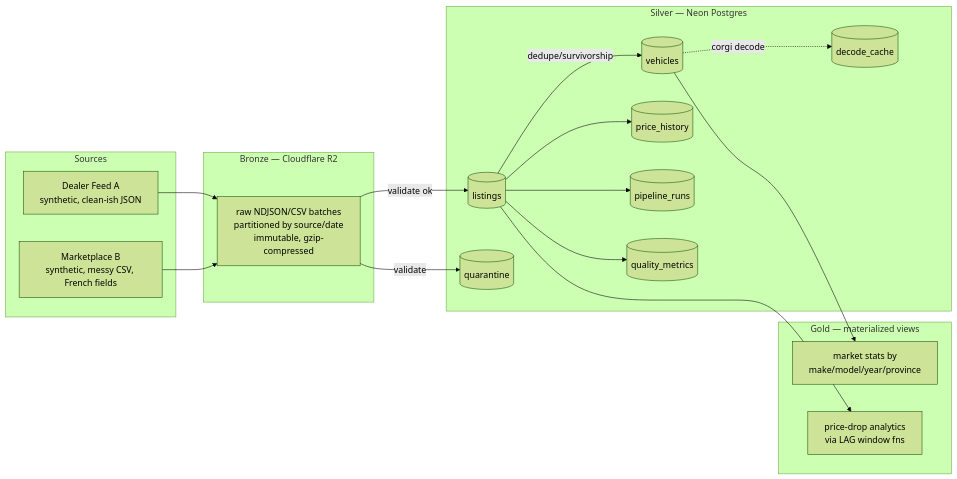
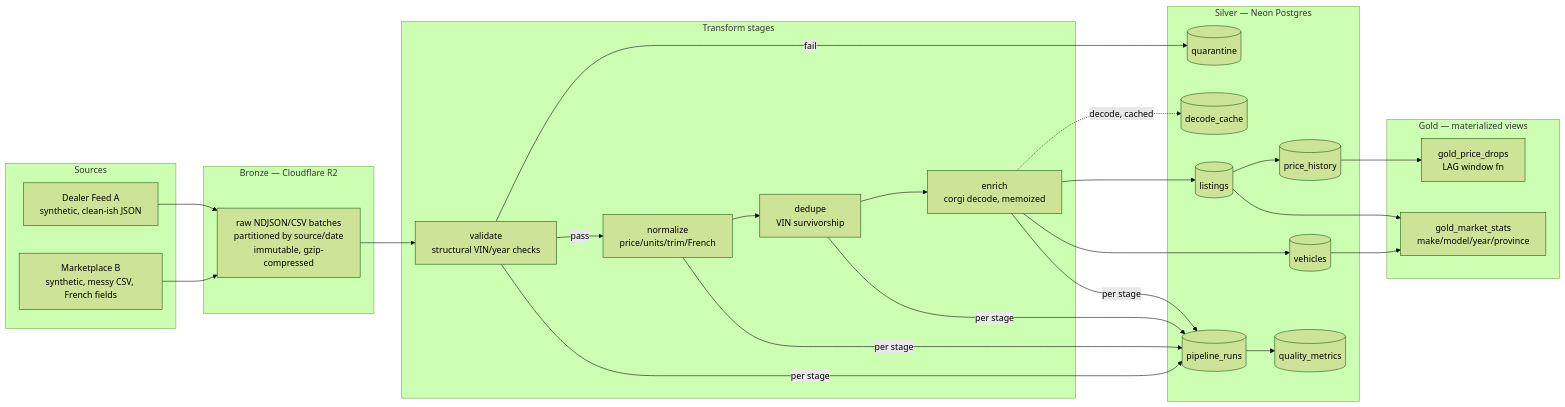
Before and after one commit to RahilChadha/dachshund: the diagram in README.md, drawn with Mermaid (forest theme). The commit also changed other lines of this file and 1 other file, not shown here.

````diff
--- a/README.md
+++ b/README.md
@@ -13,38 +13,50 @@
 ```mermaid
 flowchart LR
     subgraph Sources
         A[Dealer Feed A<br/>synthetic, clean-ish JSON]
         B[Marketplace B<br/>synthetic, messy CSV, French fields]
     end
 
     subgraph Bronze [Bronze — Cloudflare R2]
         BR["raw NDJSON/CSV batches<br/>partitioned by source/date<br/>immutable, gzip-compressed"]
+    end
+
+    subgraph Transform [Transform stages]
+        VAL[validate<br/>structural VIN/year checks]
+        NORM[normalize<br/>price/units/trim/French]
+        DEDUPE[dedupe<br/>VIN survivorship]
+        ENRICH[enrich<br/>corgi decode, memoized]
     end
 
     subgraph Silver [Silver — Neon Postgres]
         V[(vehicles)]
         L[(listings)]
         PH[(price_history)]
         Q[(quarantine)]
         PR[(pipeline_runs)]
         QM[(quality_metrics)]
         DC[(decode_cache)]
     end
 
     subgraph Gold [Gold — materialized views]
-        G1[market stats by<br/>make/model/year/province]
-        G2[price-drop analytics<br/>via LAG window fns]
+        G1[gold_market_stats<br/>make/model/year/province]
+        G2[gold_price_drops<br/>LAG window fn]
     end
 
     A --> BR
     B --> BR
-    BR -->|validate| Q
-    BR -->|validate ok| L
-    L -->|dedupe/survivorship| V
+    BR --> VAL
+    VAL -->|fail| Q
+    VAL -->|pass| NORM
+    NORM --> DEDUPE
+    DEDUPE --> ENRICH
+    ENRICH -.decode, cached.-> DC
+    ENRICH --> L
+    ENRICH --> V
     L --> PH
-    V -.corgi decode.-> DC
-    L --> PR
-    L --> QM
+    VAL & NORM & DEDUPE & ENRICH -->|per stage| PR
+    PR --> QM
     V --> G1
-    L --> G2
+    L --> G1
+    PH --> G2
 ```
````
